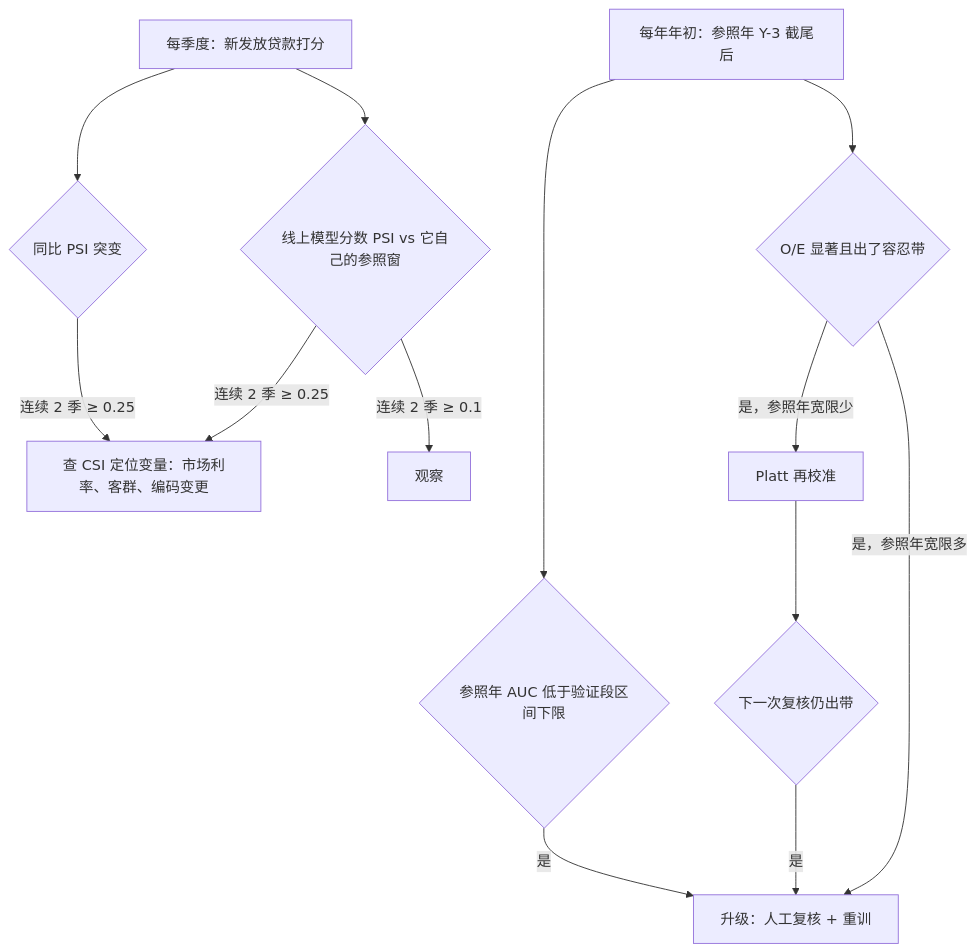
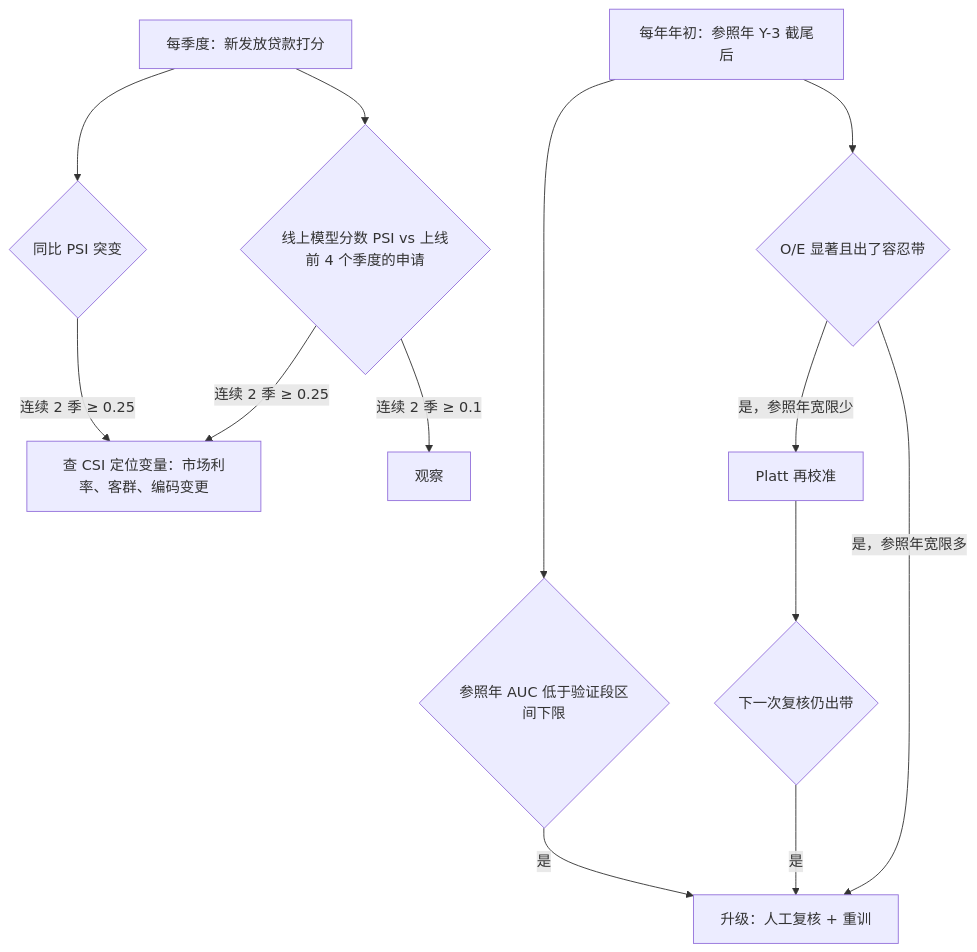
One commit to OliverOuyang/credit-risk-stability changed the diagram in reports/stability.md. Above: the diagram before and after it, drawn with Mermaid. The commit also changed other lines of this file and 8 other files, not shown here.

````diff
--- a/reports/stability.md
+++ b/reports/stability.md
@@ -130,15 +132,15 @@
 ```mermaid
 flowchart TD
-  A[每季度：新发放贷款打分] --> B{线上模型分数 PSI vs 它自己的参照窗}
+  A[每季度：新发放贷款打分] --> B{线上模型分数 PSI vs 上线前 4 个季度的申请}
   B -- 连续 2 季 ≥ 0.25 --> C[查 CSI 定位变量：市场利率、客群、编码变更]
   B -- 连续 2 季 ≥ 0.1 --> D[观察]
   A --> B2{同比 PSI 突变}
   B2 -- 连续 2 季 ≥ 0.25 --> C
   E[每年年初：参照年 Y-3 截尾后] --> F{O/E 显著且出了容忍带}
   F -- 是，参照年宽限少 --> G[Platt 再校准]
   F -- 是，参照年宽限多 --> K[升级：人工复核 + 重训]
   G --> L{下一次复核仍出带}
   L -- 是 --> K
   E --> H{参照年 AUC 低于验证段区间下限}
   H -- 是 --> K
 ```
````
